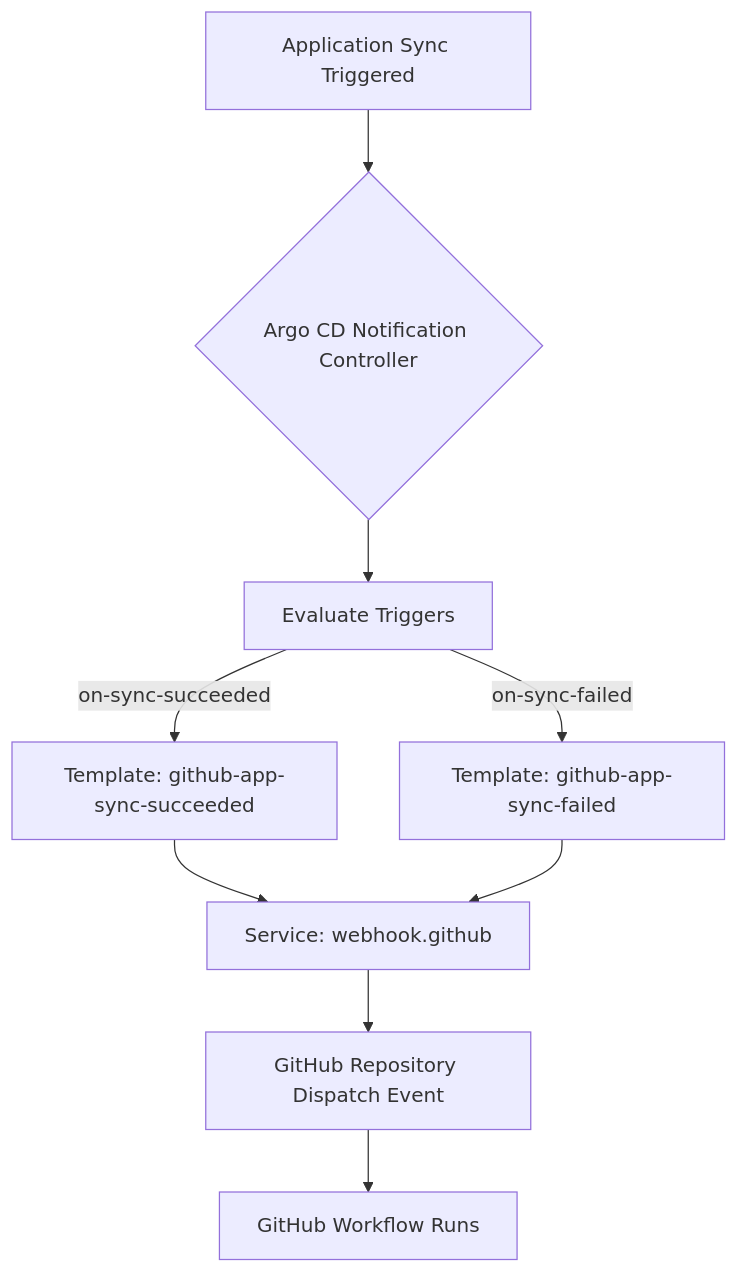
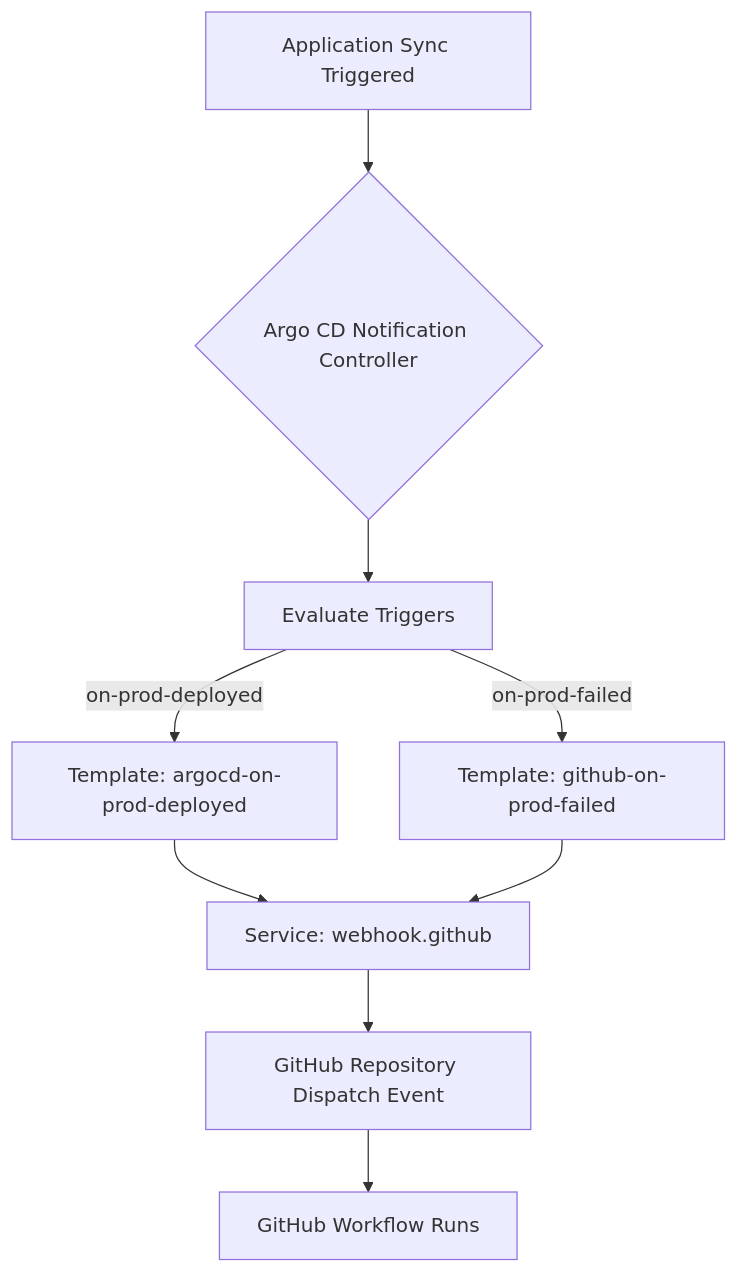
One commit to labotomy-dot-dev/coffee-cup changed the second of 4 diagrams in README.md. Above: the diagram before and after it, drawn with Mermaid. The commit also changed other lines of this file and 1 other file, not shown here.

````diff
--- a/README.md
+++ b/README.md
@@ -313,11 +304,11 @@
 ```mermaid
 flowchart TD
     A[Application Sync Triggered] --> B{Argo CD Notification Controller}
     B --> C[Evaluate Triggers]
-    C -->|on-sync-succeeded| D[Template: github-app-sync-succeeded]
-    C -->|on-sync-failed| E[Template: github-app-sync-failed]
+    C -->|on-prod-deployed| D[Template: argocd-on-prod-deployed]
+    C -->|on-prod-failed| E[Template: github-on-prod-failed]
     D --> F[Service: webhook.github]
     E --> F
     F --> G[GitHub Repository Dispatch Event]
     G --> H[GitHub Workflow Runs]
 ```
````
